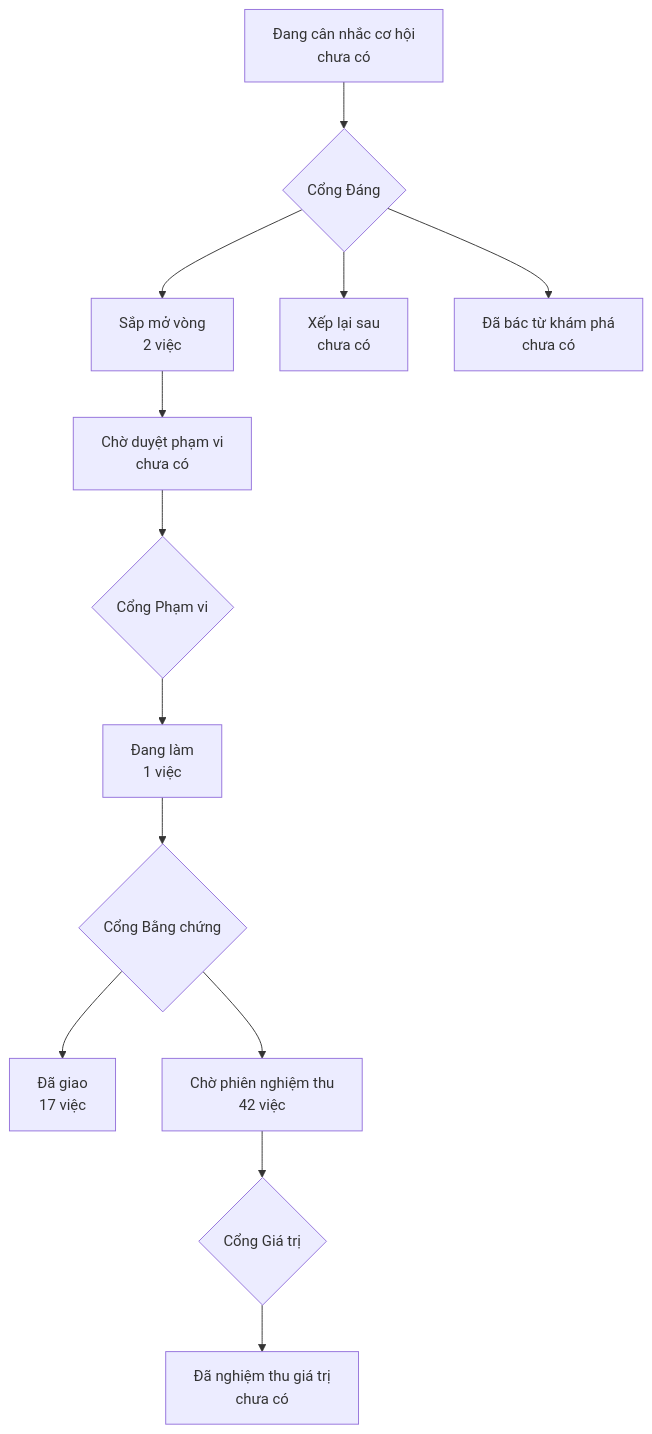
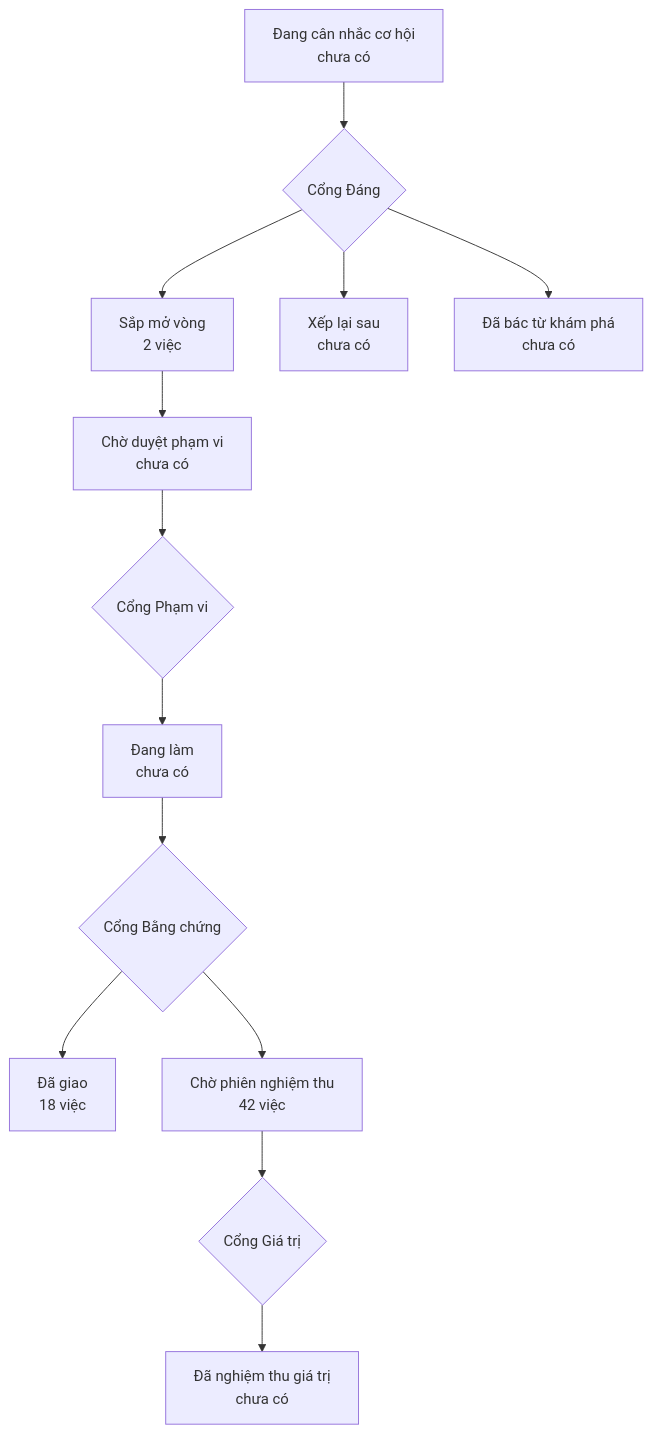
Before and after one commit to phanlemanh/onehub-quy-hang: the diagram in PRODUCT-MAP.md, drawn with Mermaid. The commit also changed other lines of this file and 7 other files, not shown here.

````diff
--- a/PRODUCT-MAP.md
+++ b/PRODUCT-MAP.md
@@ -7,12 +7,12 @@
 ```mermaid
 flowchart TD
   A["Đang cân nhắc cơ hội<br/>chưa có"] --> GD{"Cổng Đáng"}
   GD --> B["Sắp mở vòng<br/>2 việc"]
   GD --> XL["Xếp lại sau<br/>chưa có"]
   GD --> DB["Đã bác từ khám phá<br/>chưa có"]
   B --> CD["Chờ duyệt phạm vi<br/>chưa có"] --> GP{"Cổng Phạm vi"}
-  GP --> DL["Đang làm<br/>1 việc"] --> GB{"Cổng Bằng chứng"}
-  GB --> DG["Đã giao<br/>17 việc"]
+  GP --> DL["Đang làm<br/>chưa có"] --> GB{"Cổng Bằng chứng"}
+  GB --> DG["Đã giao<br/>18 việc"]
   GB --> CN["Chờ phiên nghiệm thu<br/>42 việc"] --> GG{"Cổng Giá trị"}
   GG --> NT["Đã nghiệm thu giá trị<br/>chưa có"]
 ```
````
